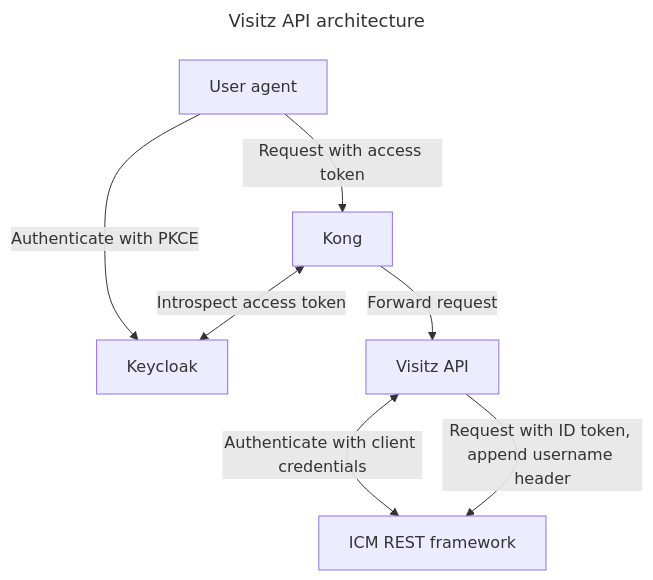
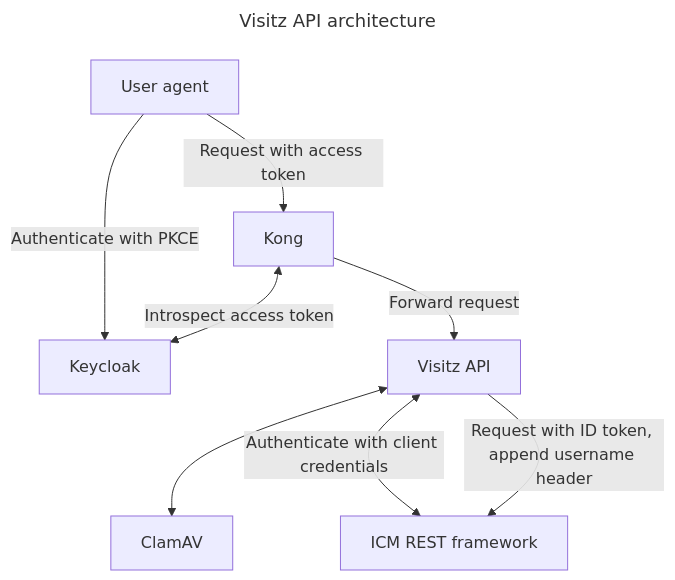
Before and after one commit to bcgov/visitz-api: the diagram in docs/design/architecture.md, drawn with Mermaid.

Commit message:
Add ClamAV into architecture nodes

````diff
--- a/docs/design/architecture.md
+++ b/docs/design/architecture.md
@@ -1,12 +1,13 @@
 ```mermaid
 ---
 title: Visitz API architecture
 ---
 flowchart TD
     User[User agent] --> |Authenticate with PKCE| Keycloak
     User --> |Request with access token| Kong
     Kong <--> |Introspect access token| Keycloak
     Kong --> |Forward request| Vpi[Visitz API]
+    Vpi <--> ClamAV
     Vpi <--> |Authenticate with client credentials| Icm[ICM REST framework]
     Vpi --> |Request with ID token, append username header| Icm
 ```
````
